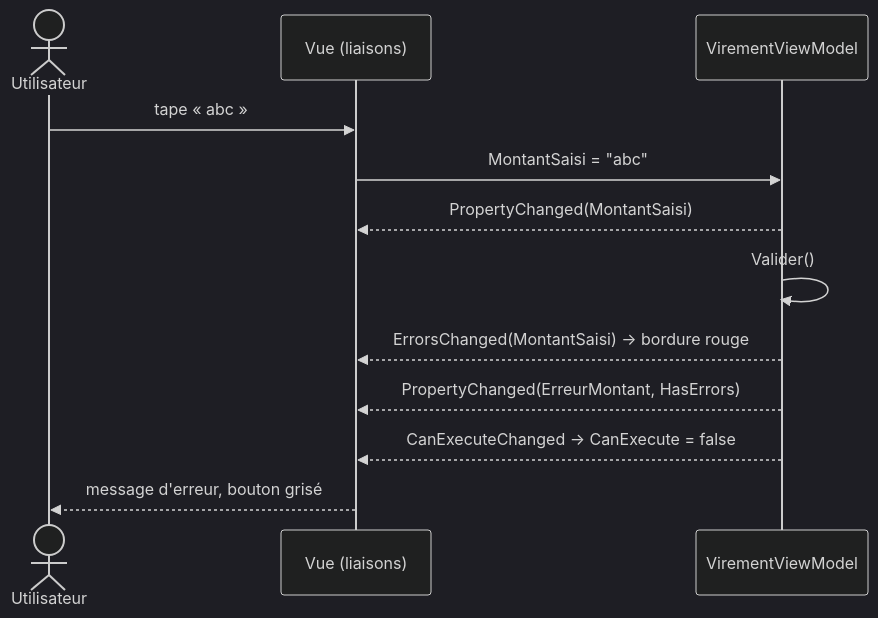
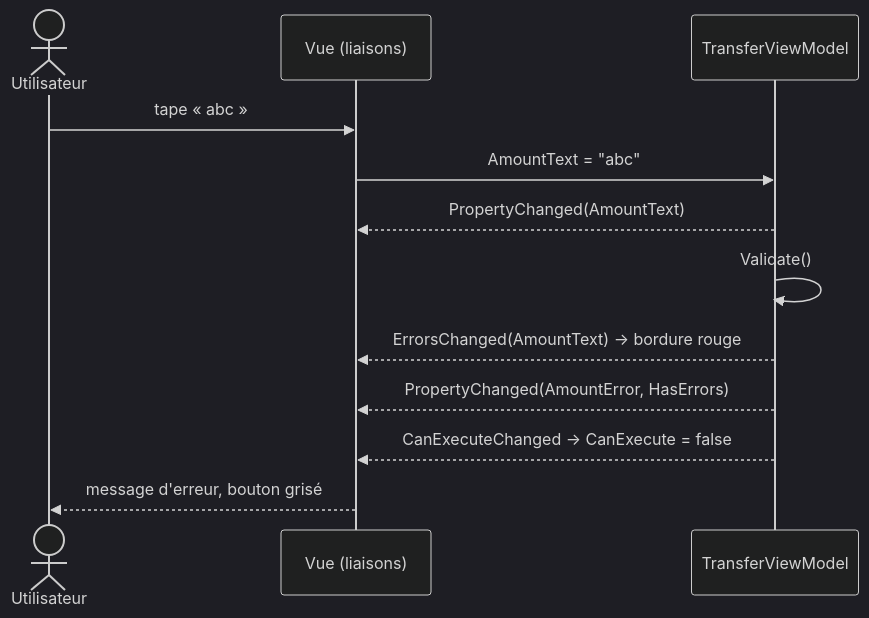
Before and after one commit to drangoht/ArchitecturesDemo: the third of 3 diagrams in Docs/24-mvc-mvvm.md, drawn with Mermaid (dark theme). The commit also changed other lines of this file and 70 other files, not shown here.

Commit message:
Docs FR : identifiants, liens, diagrammes et sorties alignés sur le code anglais

````diff
--- a/Docs/24-mvc-mvvm.md
+++ b/Docs/24-mvc-mvvm.md
@@ -196,14 +196,14 @@
 ```mermaid
 sequenceDiagram
     actor U as Utilisateur
     participant V as Vue (liaisons)
-    participant VM as VirementViewModel
+    participant VM as TransferViewModel
     U->>V: tape « abc »
-    V->>VM: MontantSaisi = "abc"
-    VM-->>V: PropertyChanged(MontantSaisi)
-    VM->>VM: Valider()
-    VM-->>V: ErrorsChanged(MontantSaisi) → bordure rouge
-    VM-->>V: PropertyChanged(ErreurMontant, HasErrors)
+    V->>VM: AmountText = "abc"
+    VM-->>V: PropertyChanged(AmountText)
+    VM->>VM: Validate()
+    VM-->>V: ErrorsChanged(AmountText) → bordure rouge
+    VM-->>V: PropertyChanged(AmountError, HasErrors)
     VM-->>V: CanExecuteChanged → CanExecute = false
     V-->>U: message d'erreur, bouton grisé
 ```
````
